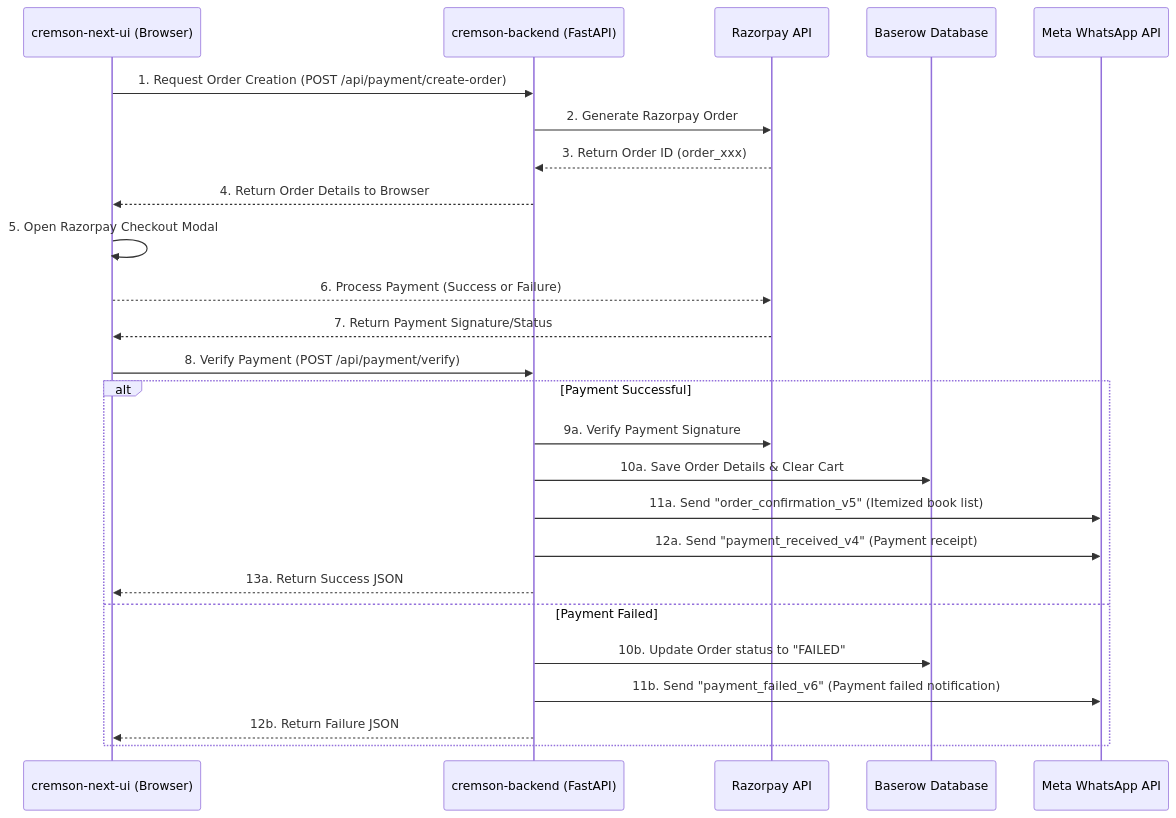
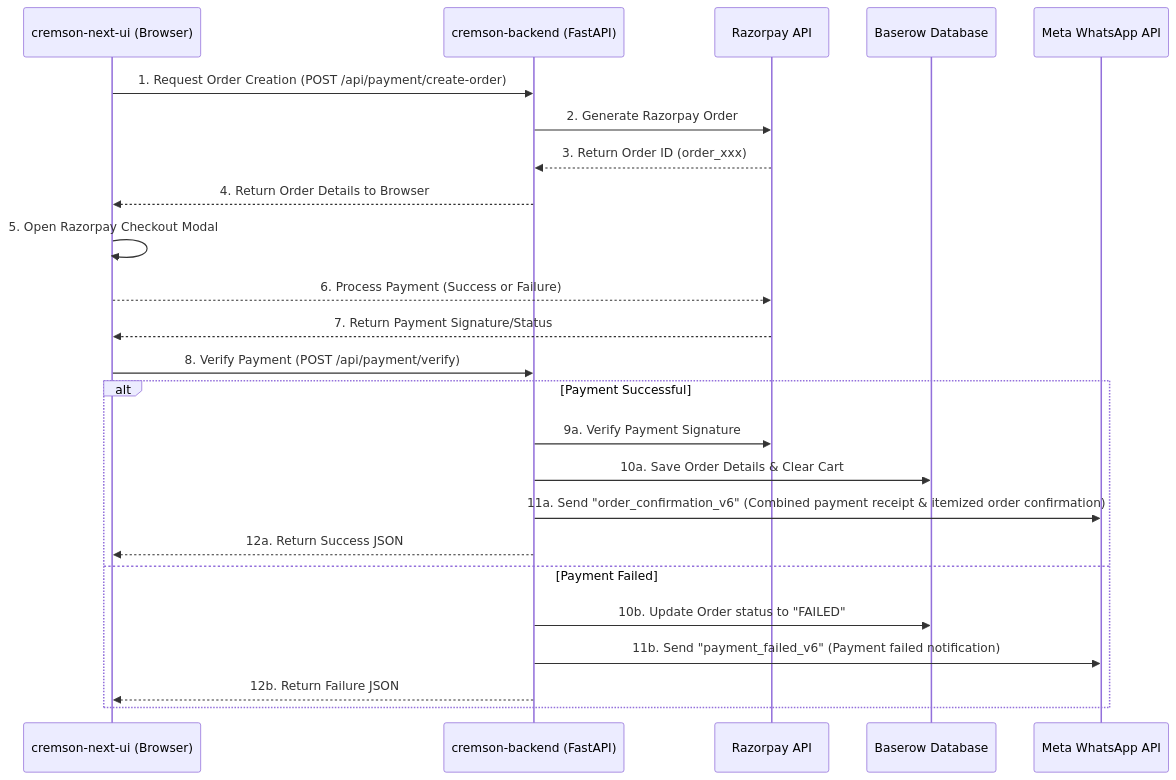
Before and after one commit to cremsonpublications-cmd/cremson-baserow: the first of 2 diagrams in cremson-backend/README.md, drawn with Mermaid. The commit also changed other lines of this file and 16 other files, not shown here.

Commit message:
Combine WhatsApp payment and order confirmation templates into single order_confirmation_v6 template and update specimen request config

````diff
--- a/cremson-backend/README.md
+++ b/cremson-backend/README.md
@@ -49,30 +49,29 @@
 ```mermaid
 sequenceDiagram
     participant Frontend as cremson-next-ui (Browser)
     participant Backend as cremson-backend (FastAPI)
     participant Razorpay as Razorpay API
     participant Baserow as Baserow Database
     participant Meta as Meta WhatsApp API
 
     Frontend->>Backend: 1. Request Order Creation (POST /api/payment/create-order)
     Backend->>Razorpay: 2. Generate Razorpay Order
     Razorpay-->>Backend: 3. Return Order ID (order_xxx)
     Backend-->>Frontend: 4. Return Order Details to Browser
 
     Frontend->>Frontend: 5. Open Razorpay Checkout Modal
     Frontend-->>Razorpay: 6. Process Payment (Success or Failure)
     Razorpay-->>Frontend: 7. Return Payment Signature/Status
 
     Frontend->>Backend: 8. Verify Payment (POST /api/payment/verify)
     alt Payment Successful
         Backend->>Razorpay: 9a. Verify Payment Signature
         Backend->>Baserow: 10a. Save Order Details & Clear Cart
-        Backend->>Meta: 11a. Send "order_confirmation_v5" (Itemized book list)
-        Backend->>Meta: 12a. Send "payment_received_v4" (Payment receipt)
-        Backend-->>Frontend: 13a. Return Success JSON
+        Backend->>Meta: 11a. Send "order_confirmation_v6" (Combined payment receipt & itemized order confirmation)
+        Backend-->>Frontend: 12a. Return Success JSON
     else Payment Failed
         Backend->>Baserow: 10b. Update Order status to "FAILED"
         Backend->>Meta: 11b. Send "payment_failed_v6" (Payment failed notification)
         Backend-->>Frontend: 12b. Return Failure JSON
     end
 ```
````
